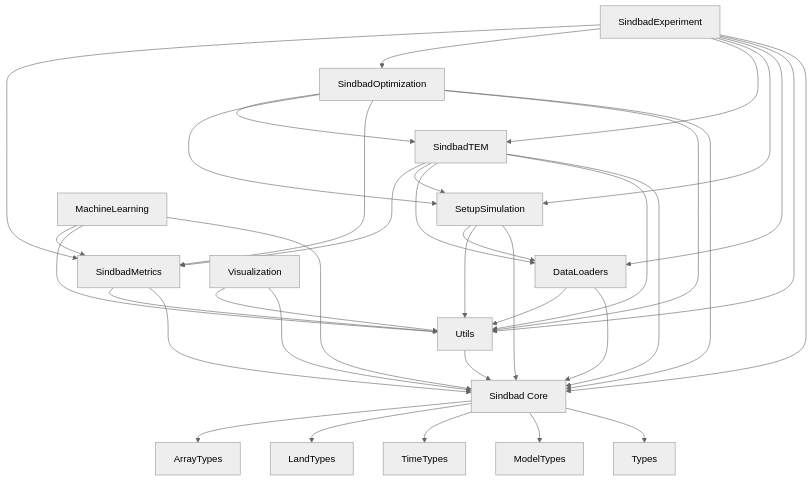
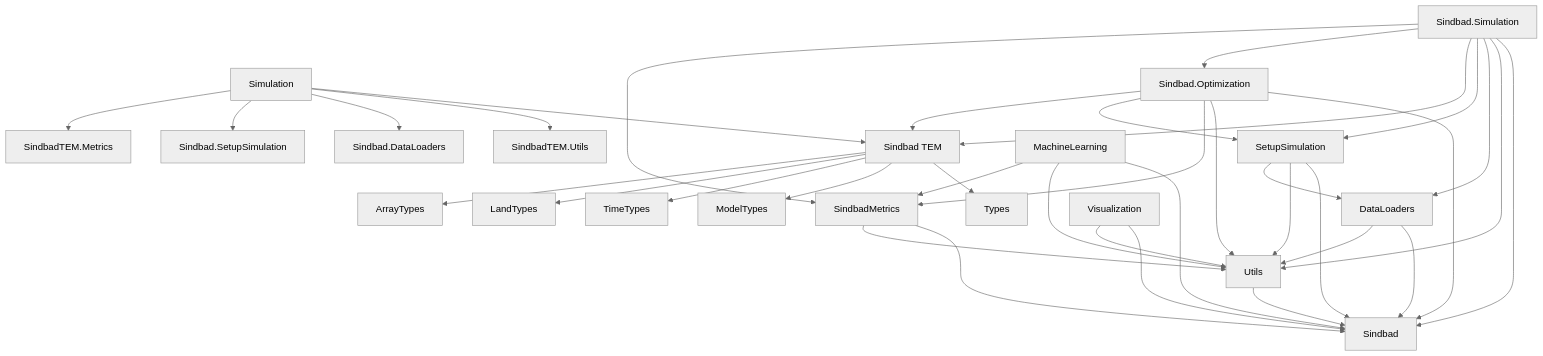
Before and after one commit to EarthyScience/SINDBAD: the diagram in docs/src/pages/code/overview.md, drawn with Mermaid (neutral theme). The commit also changed other lines of this file and 42 other files, not shown here.

````diff
--- a/docs/src/pages/code/overview.md
+++ b/docs/src/pages/code/overview.md
@@ -71,50 +70,50 @@
 ```mermaid
 graph TD
     %% Main Sindbad package
-    Sindbad[Sindbad Core] --> Types[Types]
+    SindbadTEM[Sindbad TEM] --> Types[Types]
     
     %% Core dependencies
-    Sindbad --> ModelTypes[ModelTypes]
-    Sindbad --> TimeTypes[TimeTypes]
-    Sindbad --> LandTypes[LandTypes]
-    Sindbad --> ArrayTypes[ArrayTypes]
+    SindbadTEM --> ModelTypes[ModelTypes]
+    SindbadTEM --> TimeTypes[TimeTypes]
+    SindbadTEM --> LandTypes[LandTypes]
+    SindbadTEM --> ArrayTypes[ArrayTypes]
     
     %% Lib packages
     Utils[Utils] --> Sindbad
     DataLoaders[DataLoaders] --> Sindbad
     DataLoaders --> Utils
     
     SetupSimulation[SetupSimulation] --> Sindbad
     SetupSimulation --> Utils
     SetupSimulation --> DataLoaders
     
     SindbadMetrics[SindbadMetrics] --> Sindbad
     SindbadMetrics --> Utils
     
-    SindbadTEM[SindbadTEM] --> Sindbad
-    SindbadTEM --> Utils
-    SindbadTEM --> DataLoaders
-    SindbadTEM --> SetupSimulation
-    SindbadTEM --> SindbadMetrics
+    Simulation[Simulation] --> SindbadTEM
+    Simulation --> SindbadTEM.Utils
+    Simulation --> Sindbad.DataLoaders
+    Simulation --> Sindbad.SetupSimulation
+    Simulation --> SindbadTEM.Metrics
     
-    SindbadOptimization[SindbadOptimization] --> Sindbad
-    SindbadOptimization --> Utils
-    SindbadOptimization --> SindbadMetrics
-    SindbadOptimization --> SetupSimulation
-    SindbadOptimization --> SindbadTEM
+    Sindbad.Optimization[Sindbad.Optimization] --> Sindbad
+    Sindbad.Optimization --> Utils
+    Sindbad.Optimization --> SindbadMetrics
+    Sindbad.Optimization --> SetupSimulation
+    Sindbad.Optimization --> SindbadTEM
     
     MachineLearning[MachineLearning] --> Sindbad
     MachineLearning --> Utils
     MachineLearning --> SindbadMetrics
     
     Visualization[Visualization] --> Sindbad
     Visualization --> Utils
     
-    SindbadExperiment[SindbadExperiment] --> Sindbad
-    SindbadExperiment --> Utils
-    SindbadExperiment --> DataLoaders
-    SindbadExperiment --> SetupSimulation
-    SindbadExperiment --> SindbadTEM
-    SindbadExperiment --> SindbadOptimization
-    SindbadExperiment --> SindbadMetrics    
+    Sindbad.Simulation[Sindbad.Simulation] --> Sindbad
+    Sindbad.Simulation --> Utils
+    Sindbad.Simulation --> DataLoaders
+    Sindbad.Simulation --> SetupSimulation
+    Sindbad.Simulation --> SindbadTEM
+    Sindbad.Simulation --> Sindbad.Optimization
+    Sindbad.Simulation --> SindbadMetrics    
 ```
````
